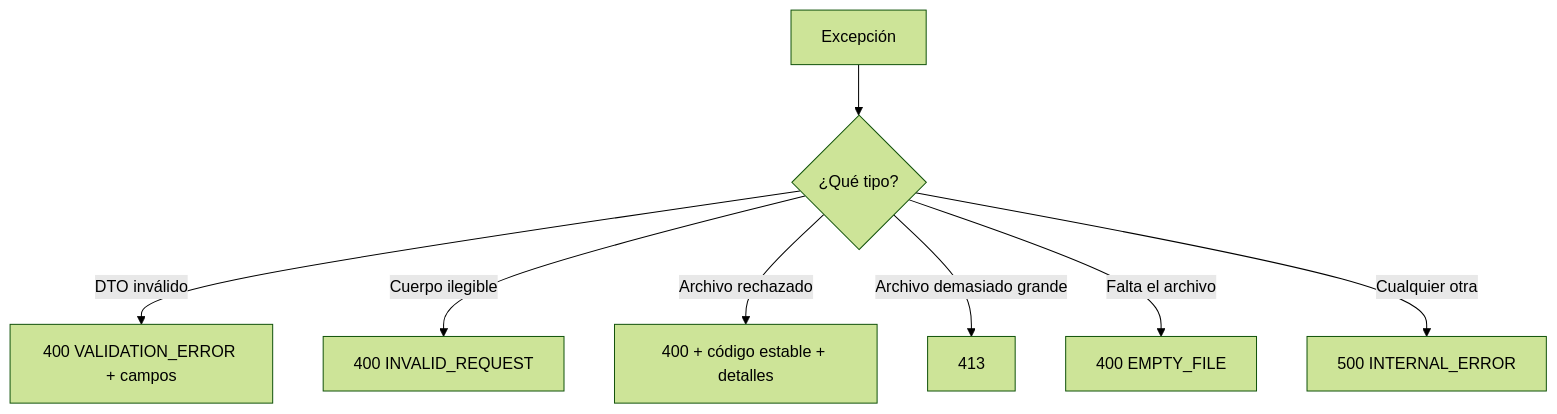
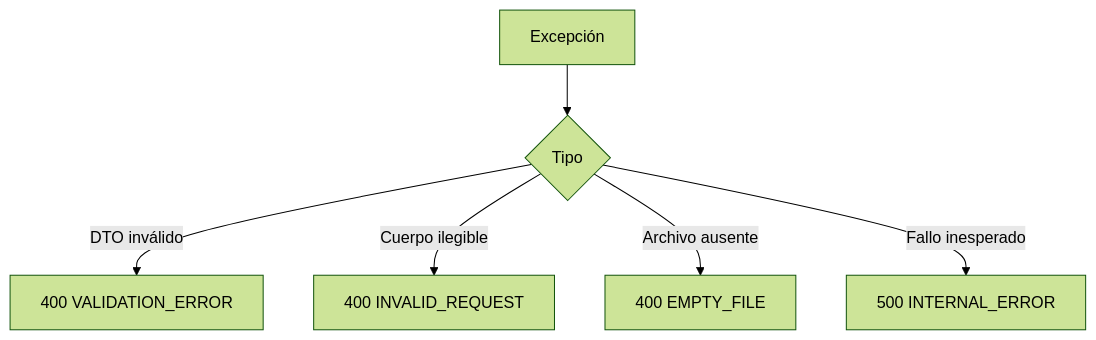
The fourth of 4 diagrams in docs/concepts/03-backend-api-concurrencia-y-persistencia.md (devmauriciopineda/careme), drawn with Mermaid (forest theme) before and after one commit. The commit also changed other lines of this file and 68 other files, not shown here.

````diff
--- a/docs/concepts/03-backend-api-concurrencia-y-persistencia.md
+++ b/docs/concepts/03-backend-api-concurrencia-y-persistencia.md
@@ -124,10 +511,8 @@
 ```mermaid
 flowchart TB
-    A["Excepción"] --> B{"¿Qué tipo?"}
-    B -->|DTO inválido| C["400 VALIDATION_ERROR + campos"]
-    B -->|Cuerpo ilegible| D["400 INVALID_REQUEST"]
-    B -->|Archivo rechazado| E["400 + código estable + detalles"]
-    B -->|Archivo demasiado grande| F["413"]
-    B -->|Falta el archivo| G["400 EMPTY_FILE"]
-    B -->|Cualquier otra| H["500 INTERNAL_ERROR"]
+    Error["Excepción"] --> Kind{"Tipo"}
+    Kind -->|DTO inválido| Validation["400 VALIDATION_ERROR"]
+    Kind -->|Cuerpo ilegible| Request["400 INVALID_REQUEST"]
+    Kind -->|Archivo ausente| Empty["400 EMPTY_FILE"]
+    Kind -->|Fallo inesperado| Internal["500 INTERNAL_ERROR"]
 ```
````
